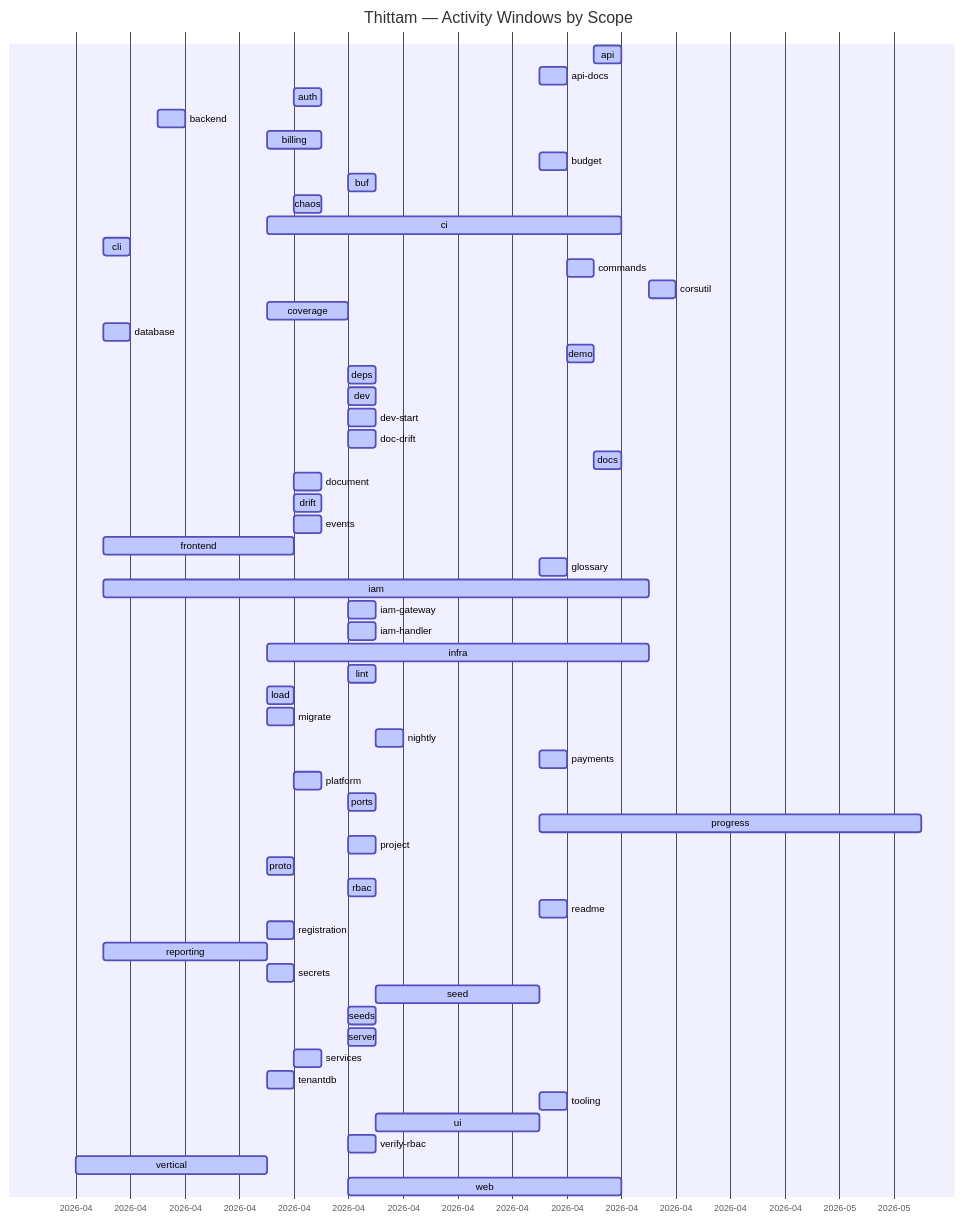
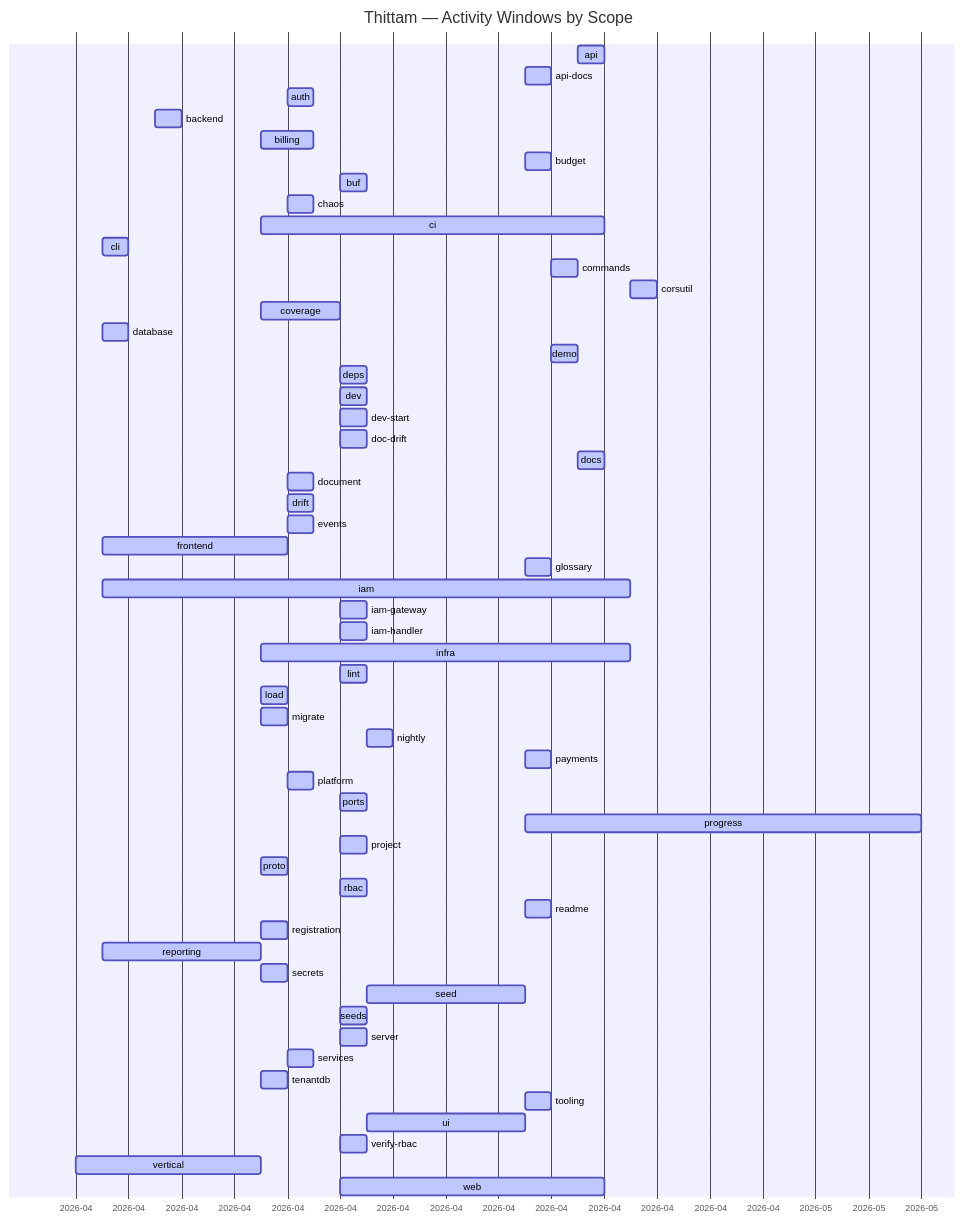
One commit to wegofwd2020-hub/thittam changed the diagram in docs/PROGRESS.md. Above: the diagram before and after it, drawn with Mermaid. The commit also changed other lines of this file and 1 other file, not shown here.

Commit message:
chore(progress): nightly update of docs/PROGRESS.md + CSVs

````diff
--- a/docs/PROGRESS.md
+++ b/docs/PROGRESS.md
@@ -9,60 +9,60 @@
 ```mermaid
 gantt
     title Thittam — Activity Windows by Scope
     dateFormat YYYY-MM-DD
     axisFormat %Y-%m
     api                :active, s_api, 2026-04-22, 2026-04-23
     api-docs           :active, s_api_docs, 2026-04-20, 2026-04-21
     auth               :active, s_auth, 2026-04-11, 2026-04-12
     backend            :active, s_backend, 2026-04-06, 2026-04-07
     billing            :active, s_billing, 2026-04-10, 2026-04-12
     budget             :active, s_budget, 2026-04-20, 2026-04-21
     buf                :active, s_buf, 2026-04-13, 2026-04-14
     chaos              :active, s_chaos, 2026-04-11, 2026-04-12
     ci                 :active, s_ci, 2026-04-10, 2026-04-23
     cli                :active, s_cli, 2026-04-04, 2026-04-05
     commands           :active, s_commands, 2026-04-21, 2026-04-22
     corsutil           :active, s_corsutil, 2026-04-24, 2026-04-25
     coverage           :active, s_coverage, 2026-04-10, 2026-04-13
     database           :active, s_database, 2026-04-04, 2026-04-05
     demo               :active, s_demo, 2026-04-21, 2026-04-22
     deps               :active, s_deps, 2026-04-13, 2026-04-14
     dev                :active, s_dev, 2026-04-13, 2026-04-14
     dev-start          :active, s_dev_start, 2026-04-13, 2026-04-14
     doc-drift          :active, s_doc_drift, 2026-04-13, 2026-04-14
     docs               :active, s_docs, 2026-04-22, 2026-04-23
     document           :active, s_document, 2026-04-11, 2026-04-12
     drift              :active, s_drift, 2026-04-11, 2026-04-12
     events             :active, s_events, 2026-04-11, 2026-04-12
     frontend           :active, s_frontend, 2026-04-04, 2026-04-11
     glossary           :active, s_glossary, 2026-04-20, 2026-04-21
     iam                :active, s_iam, 2026-04-04, 2026-04-24
     iam-gateway        :active, s_iam_gateway, 2026-04-13, 2026-04-14
     iam-handler        :active, s_iam_handler, 2026-04-13, 2026-04-14
     infra              :active, s_infra, 2026-04-10, 2026-04-24
     lint               :active, s_lint, 2026-04-13, 2026-04-14
     load               :active, s_load, 2026-04-10, 2026-04-11
     migrate            :active, s_migrate, 2026-04-10, 2026-04-11
     nightly            :active, s_nightly, 2026-04-14, 2026-04-15
     payments           :active, s_payments, 2026-04-20, 2026-04-21
     platform           :active, s_platform, 2026-04-11, 2026-04-12
     ports              :active, s_ports, 2026-04-13, 2026-04-14
-    progress           :active, s_progress, 2026-04-20, 2026-05-04
+    progress           :active, s_progress, 2026-04-20, 2026-05-05
     project            :active, s_project, 2026-04-13, 2026-04-14
     proto              :active, s_proto, 2026-04-10, 2026-04-11
     rbac               :active, s_rbac, 2026-04-13, 2026-04-14
     readme             :active, s_readme, 2026-04-20, 2026-04-21
     registration       :active, s_registration, 2026-04-10, 2026-04-11
     reporting          :active, s_reporting, 2026-04-04, 2026-04-10
     secrets            :active, s_secrets, 2026-04-10, 2026-04-11
     seed               :active, s_seed, 2026-04-14, 2026-04-20
     seeds              :active, s_seeds, 2026-04-13, 2026-04-14
     server             :active, s_server, 2026-04-13, 2026-04-14
     services           :active, s_services, 2026-04-11, 2026-04-12
     tenantdb           :active, s_tenantdb, 2026-04-10, 2026-04-11
     tooling            :active, s_tooling, 2026-04-20, 2026-04-21
     ui                 :active, s_ui, 2026-04-14, 2026-04-20
     verify-rbac        :active, s_verify_rbac, 2026-04-13, 2026-04-14
     vertical           :active, s_vertical, 2026-04-03, 2026-04-10
     web                :active, s_web, 2026-04-13, 2026-04-23
 ```
````
